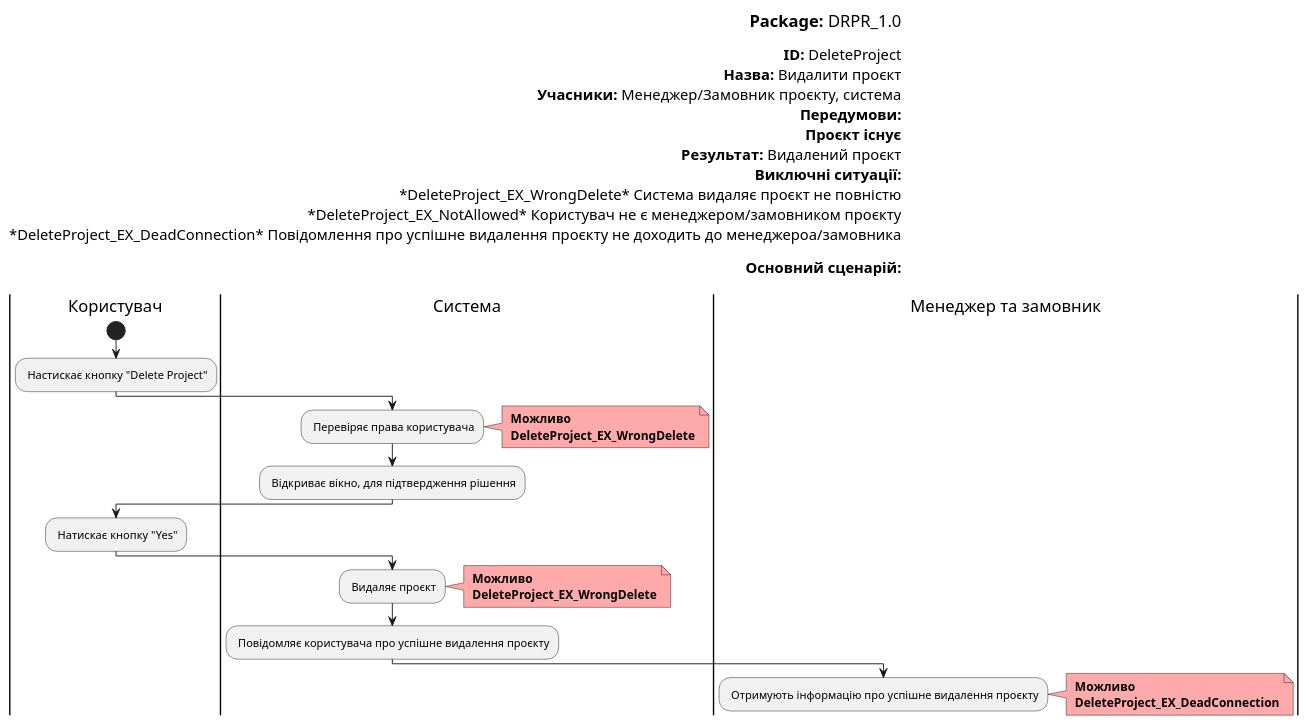
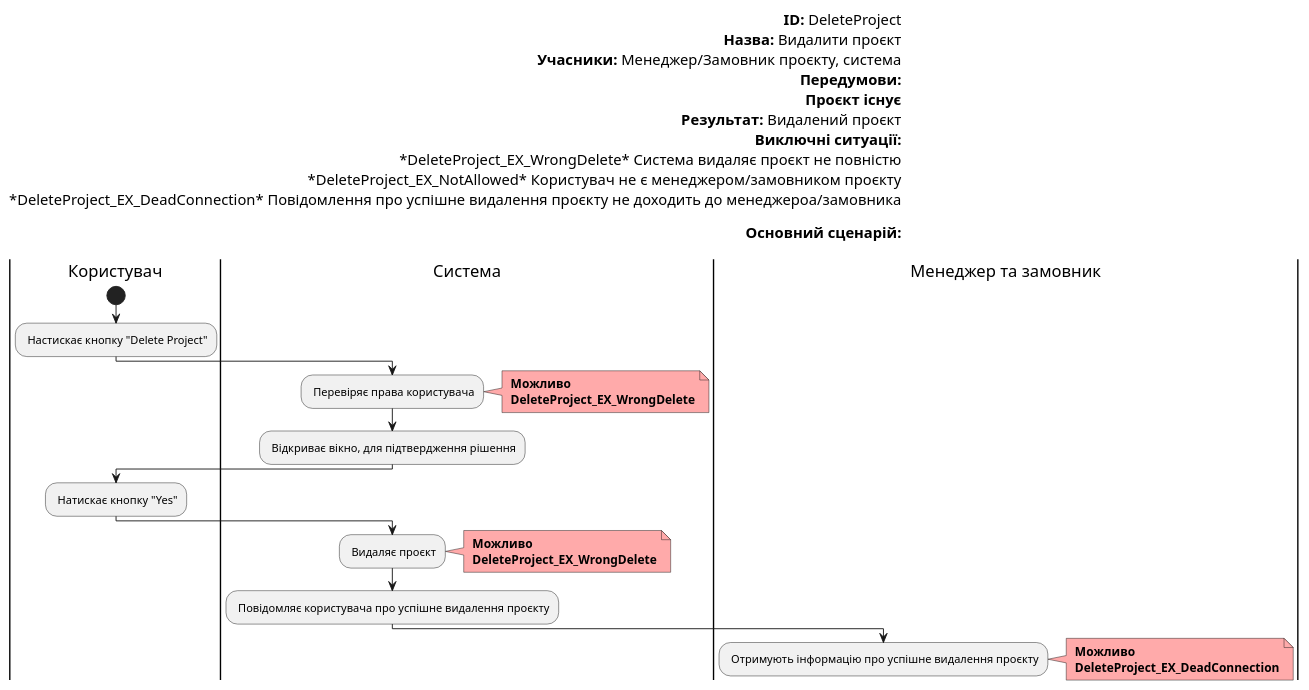
Before and after one commit to boldak/edu-db-cw: diagram 11 of 19 in docs/use cases/README.md, drawn with PlantUML. The commit also changed other lines of this file, not shown here.

Commit message:
Finished adding labels and deleting package

```diff
--- a/docs/use cases/README.md
+++ b/docs/use cases/README.md
@@ -593,55 +591,53 @@
 @startuml
 
-    left header
-        <font color=000 size=18><b>Package:</b> DRPR_1.0
-        
+    left header        
         <font color=000 size=16><b>ID:</b> DeleteProject
         <font color=000 size=16><b>Назва:</b> Видалити проєкт
         <font color=000 size=16><b>Учасники:</b> Менеджер/Замовник проєкту, система
         <font color=000 size=16><b>Передумови:</b> 
         <font color=000 size=16><b> Проєкт існує
         <font color=000 size=16><b>Результат:</b> Видалений проєкт
         <font color=000 size=16><b>Виключні ситуації:</b>
         <font color=000 size=16> *DeleteProject_EX_WrongDelete* Система видаляє проєкт не повністю
         <font color=000 size=16> *DeleteProject_EX_NotAllowed* Користувач не є менеджером/замовником проєкту
         <font color=000 size=16> *DeleteProject_EX_DeadConnection* Повідомлення про успішне видалення проєкту не доходить до менеджероа/замовника
 
         <font color=000 size=16><b>Основний сценарій:</b>
         
     end header
 
     |Користувач|
         start
         : Настискає кнопку "Delete Project";
         
     |Система|
         : Перевіряє права користувача;
         note right #ffaaaa
         <b> Можливо
         <b> DeleteProject_EX_WrongDelete
         end note
 
     |Система|
         : Відкриває вікно, для підтвердження рішення;
 
     |Користувач|
         : Натискає кнопку "Yes";
         
     |Система|
         : Видаляє проєкт;
         note right #ffaaaa
         <b> Можливо
         <b> DeleteProject_EX_WrongDelete
         end note
 
     |Система|
         : Повідомляє користувача про успішне видалення проєкту;
         
     |Менеджер та замовник|
         : Отримують інформацію про успішне видалення проєкту;
                 note right #ffaaaa
         <b> Можливо
         <b> DeleteProject_EX_DeadConnection
         end note
 
 @enduml
```
